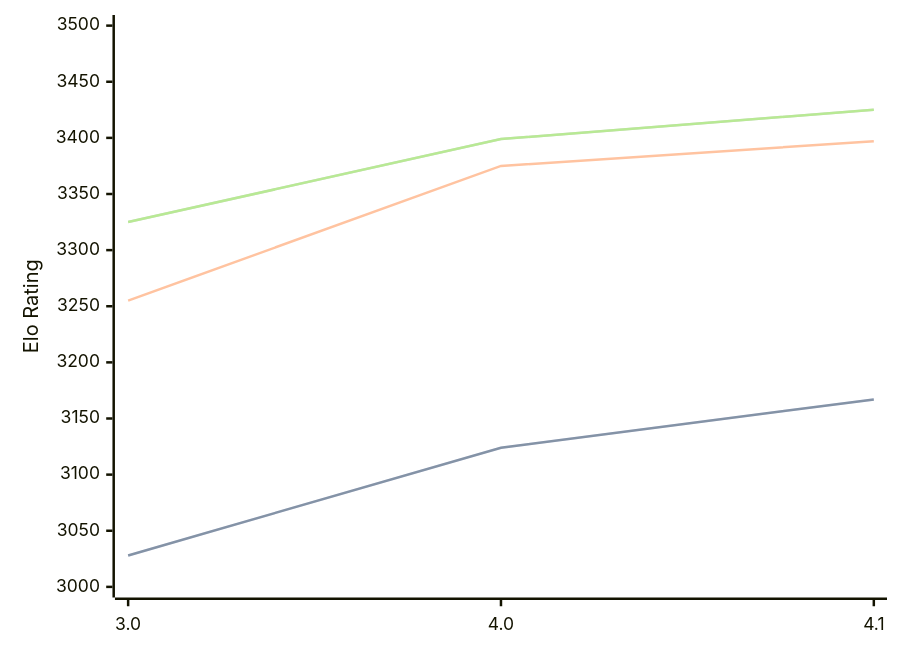
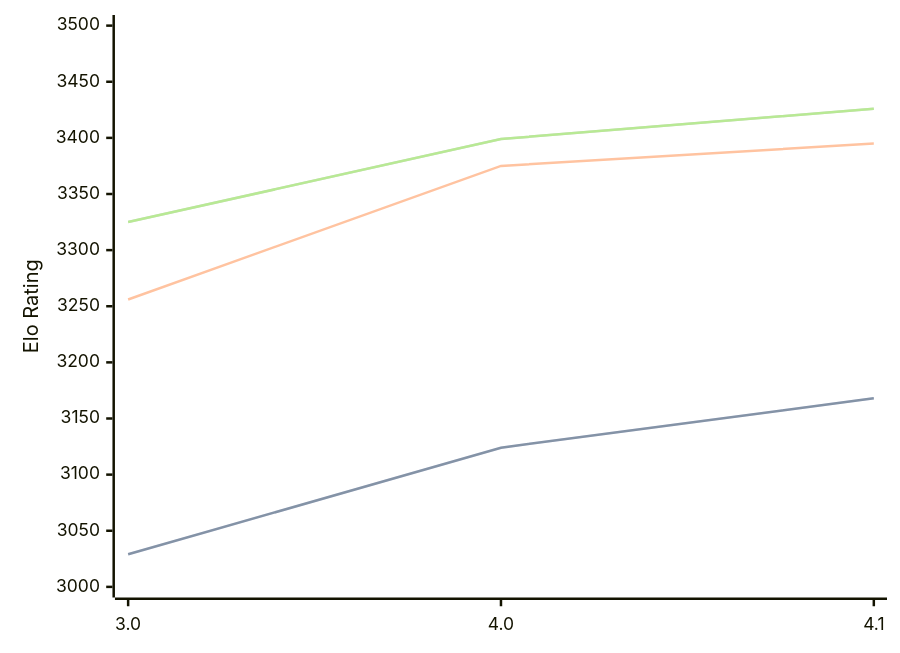
The diagram in engines/Eleanor.md (computer-chess-index/cci), drawn with Mermaid before and after one commit. The commit also changed other lines of this file, not shown here.

Commit message:
Update CCI Ratings (ELO VLTC) - 2026-09-07

````diff
--- a/engines/Eleanor.md
+++ b/engines/Eleanor.md
@@ -33,11 +33,11 @@
 ```mermaid
 %%{init: {"theme":"base","themeVariables":{"seriesColors:['#a3a3a3','#222221','#faa371']}}}%%
 xychart-beta
   x-axis ["3.0", "4.0", "4.1"]
   y-axis "Elo Rating" 3000 --> 3500
-  line "" [3028, 3124, 3167]
-  line "STC (8.0+0.08s)" [3028, 3124, 3167]
-  line "LTC (60.0+0.60s)" [3255, 3375, 3397]
-  line "" [3325, 3399, 3425]
-  line "VLTC (2m24s+1.12s)" [3325, 3399, 3425]
+  line "" [3029, 3124, 3168]
+  line "STC (8.0+0.08s)" [3029, 3124, 3168]
+  line "LTC (60.0+0.60s)" [3256, 3375, 3395]
+  line "" [3325, 3399, 3426]
+  line "VLTC (2m24s+1.12s)" [3325, 3399, 3426]
 ```
````
